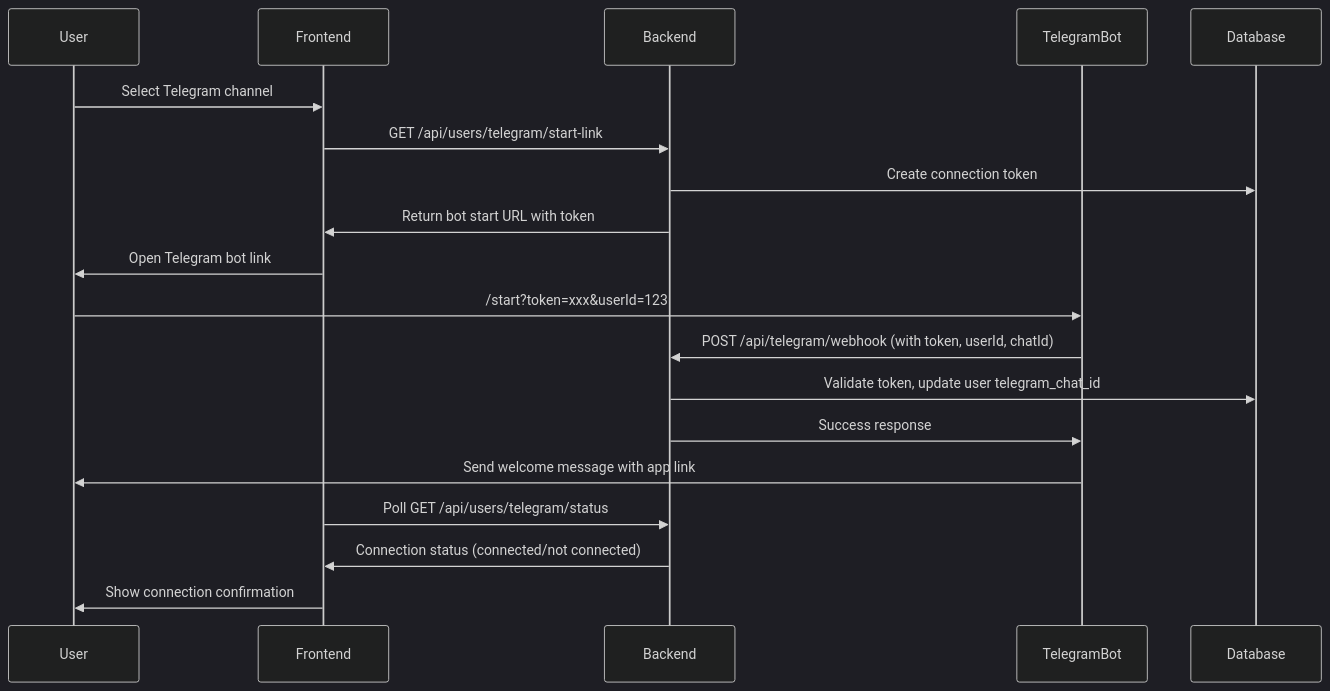
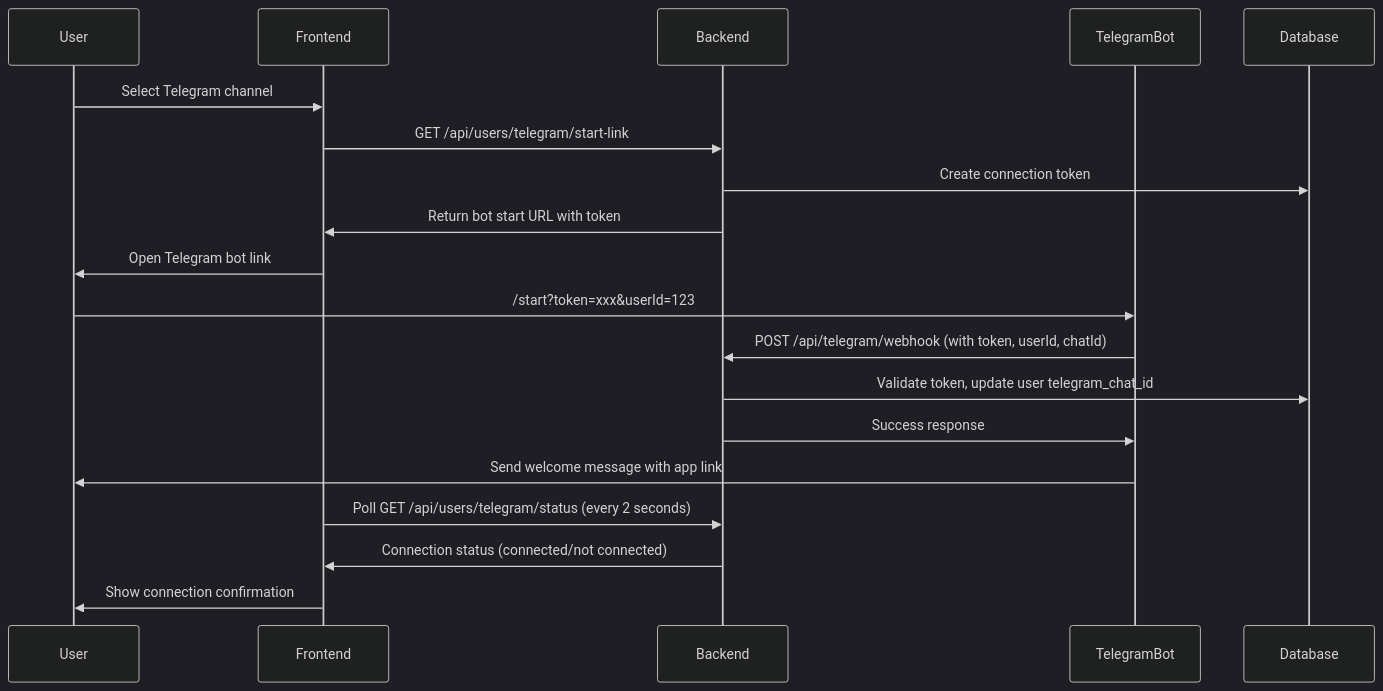
One commit to twallet/habitus changed the diagram in docs/TELEGRAM_SETUP.md. Above: the diagram before and after it, drawn with Mermaid (dark theme). The commit also changed other lines of this file and 7 other files, not shown here.

````diff
--- a/docs/TELEGRAM_SETUP.md
+++ b/docs/TELEGRAM_SETUP.md
@@ -128,22 +263,22 @@
 ```mermaid
 sequenceDiagram
     participant User
     participant Frontend
     participant Backend
     participant TelegramBot
     participant Database
 
     User->>Frontend: Select Telegram channel
     Frontend->>Backend: GET /api/users/telegram/start-link
     Backend->>Database: Create connection token
     Backend->>Frontend: Return bot start URL with token
     Frontend->>User: Open Telegram bot link
     User->>TelegramBot: /start?token=xxx&userId=123
     TelegramBot->>Backend: POST /api/telegram/webhook (with token, userId, chatId)
     Backend->>Database: Validate token, update user telegram_chat_id
     Backend->>TelegramBot: Success response
     TelegramBot->>User: Send welcome message with app link
-    Frontend->>Backend: Poll GET /api/users/telegram/status
+    Frontend->>Backend: Poll GET /api/users/telegram/status (every 2 seconds)
     Backend->>Frontend: Connection status (connected/not connected)
     Frontend->>User: Show connection confirmation
 ```
````
